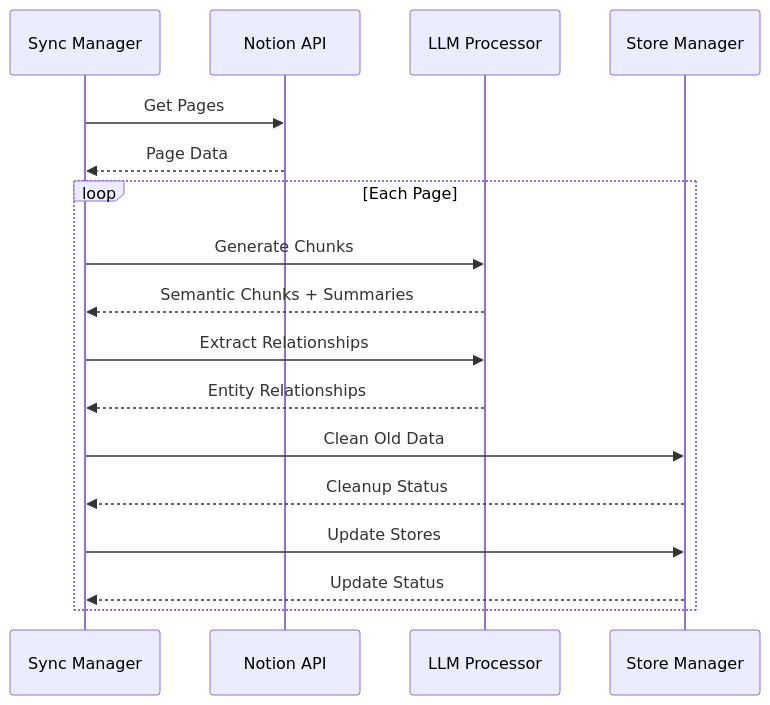
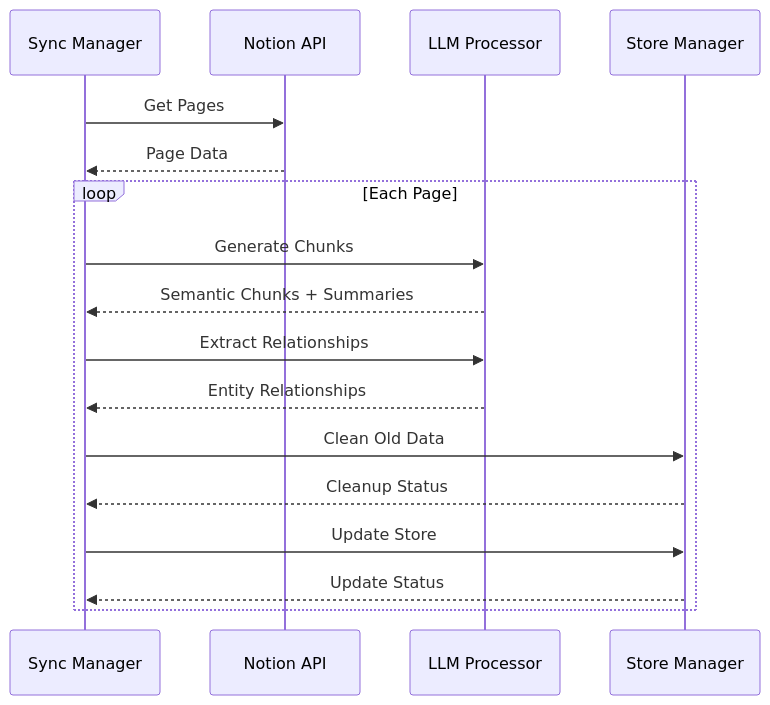
The fourth of 4 diagrams in memory-bank/systemPatterns.md (timbuchinger/llm-notion-loader), drawn with Mermaid before and after one commit. The commit also changed other lines of this file and 20 other files, not shown here.

````diff
--- a/memory-bank/systemPatterns.md
+++ b/memory-bank/systemPatterns.md
@@ -106,24 +91,24 @@
 ```mermaid
 sequenceDiagram
     participant Sync as Sync Manager
     participant Notion as Notion API
     participant LLM as LLM Processor
     participant Store as Store Manager
     
     Sync->>Notion: Get Pages
     Notion-->>Sync: Page Data
     
     loop Each Page
         Sync->>LLM: Generate Chunks
         LLM-->>Sync: Semantic Chunks + Summaries
         
         Sync->>LLM: Extract Relationships
         LLM-->>Sync: Entity Relationships
         
         Sync->>Store: Clean Old Data
         Store-->>Sync: Cleanup Status
         
-        Sync->>Store: Update Stores
+        Sync->>Store: Update Store
         Store-->>Sync: Update Status
     end
 ```
````
